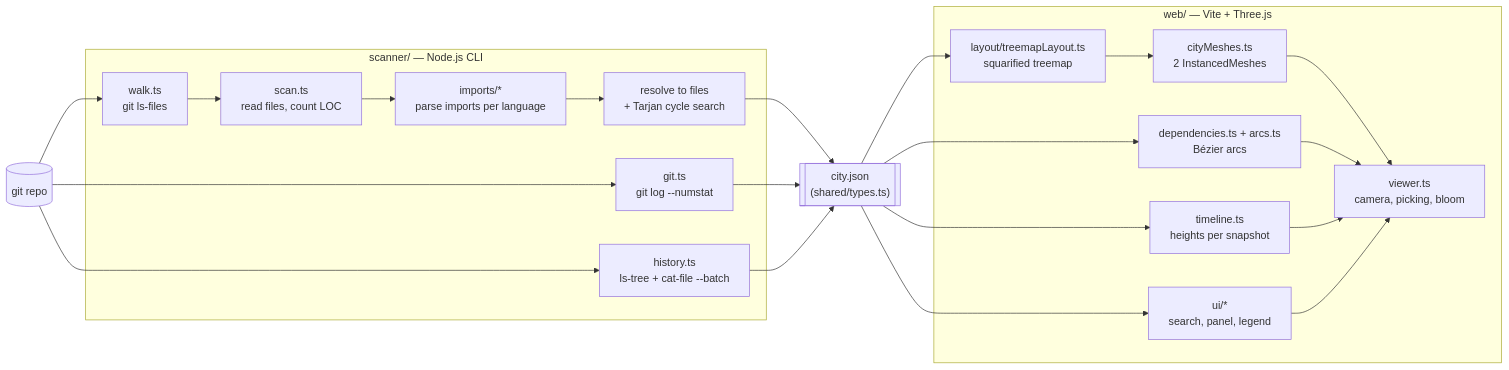
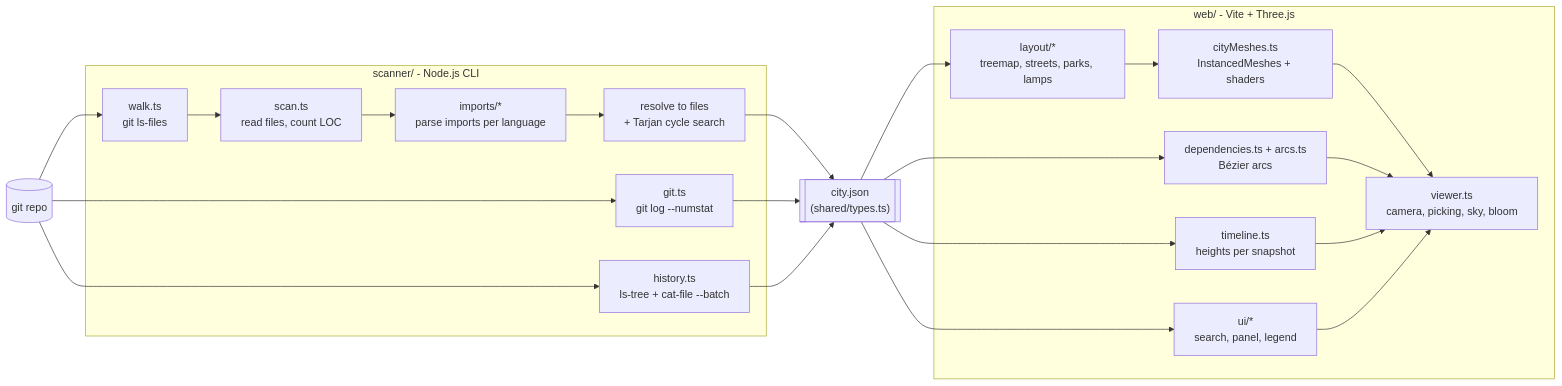
The diagram in README.md (YasiruHarinda/codecity), drawn with Mermaid before and after one commit. The commit also changed other lines of this file and 1 other file, not shown here.

````diff
--- a/README.md
+++ b/README.md
@@ -63,26 +79,26 @@
 ```mermaid
 flowchart LR
     repo[(git repo)]
 
-    subgraph scanner["scanner/ — Node.js CLI"]
+    subgraph scanner["scanner/ - Node.js CLI"]
         walk["walk.ts<br/>git ls-files"] --> read["scan.ts<br/>read files, count LOC"]
         read --> parse["imports/*<br/>parse imports per language"]
         parse --> resolve["resolve to files<br/>+ Tarjan cycle search"]
         gitlog["git.ts<br/>git log --numstat"]
         hist["history.ts<br/>ls-tree + cat-file --batch"]
     end
 
     json[["city.json<br/>(shared/types.ts)"]]
 
-    subgraph web["web/ — Vite + Three.js"]
-        layout["layout/treemapLayout.ts<br/>squarified treemap"] --> meshes["cityMeshes.ts<br/>2 InstancedMeshes"]
-        meshes --> viewer["viewer.ts<br/>camera, picking, bloom"]
+    subgraph web["web/ - Vite + Three.js"]
+        layout["layout/*<br/>treemap, streets, parks, lamps"] --> meshes["cityMeshes.ts<br/>InstancedMeshes + shaders"]
+        meshes --> viewer["viewer.ts<br/>camera, picking, sky, bloom"]
         deps["dependencies.ts + arcs.ts<br/>Bézier arcs"] --> viewer
         timeline["timeline.ts<br/>heights per snapshot"] --> viewer
         ui["ui/*<br/>search, panel, legend"] --> viewer
     end
 
     repo --> walk & gitlog & hist
     resolve & gitlog & hist --> json
     json --> layout & deps & timeline & ui
 ```
````
